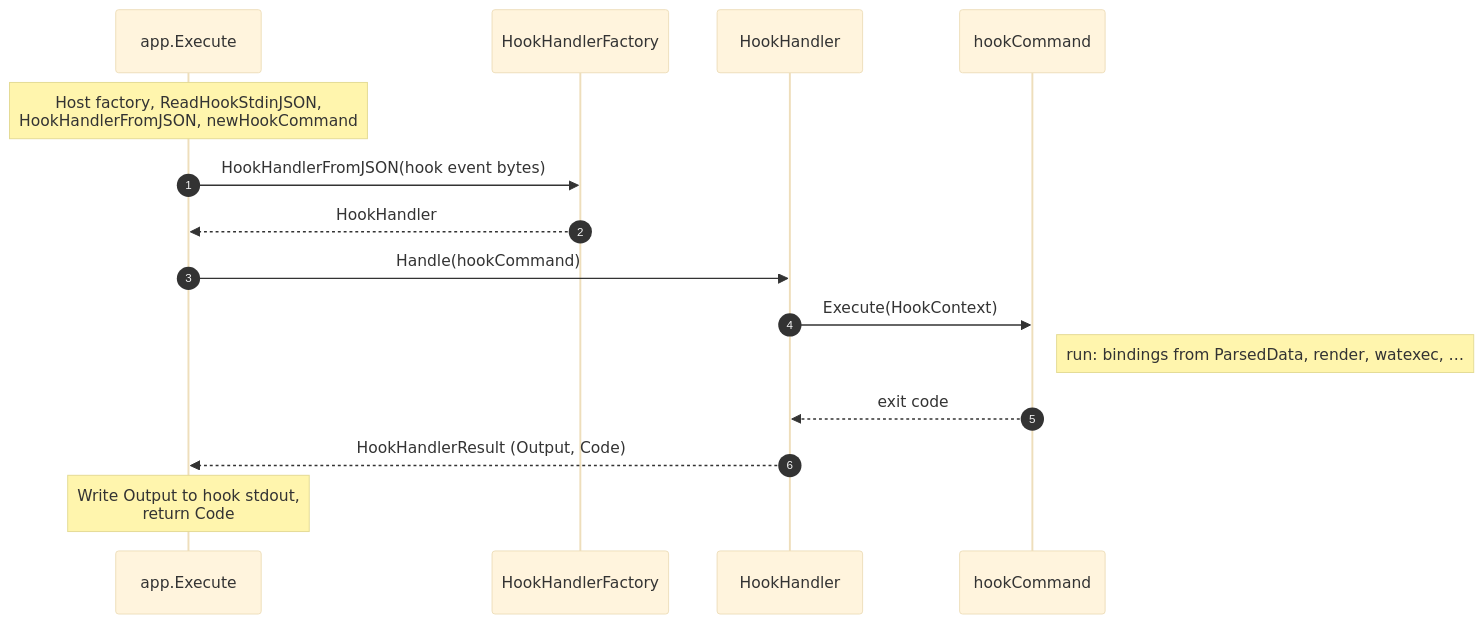
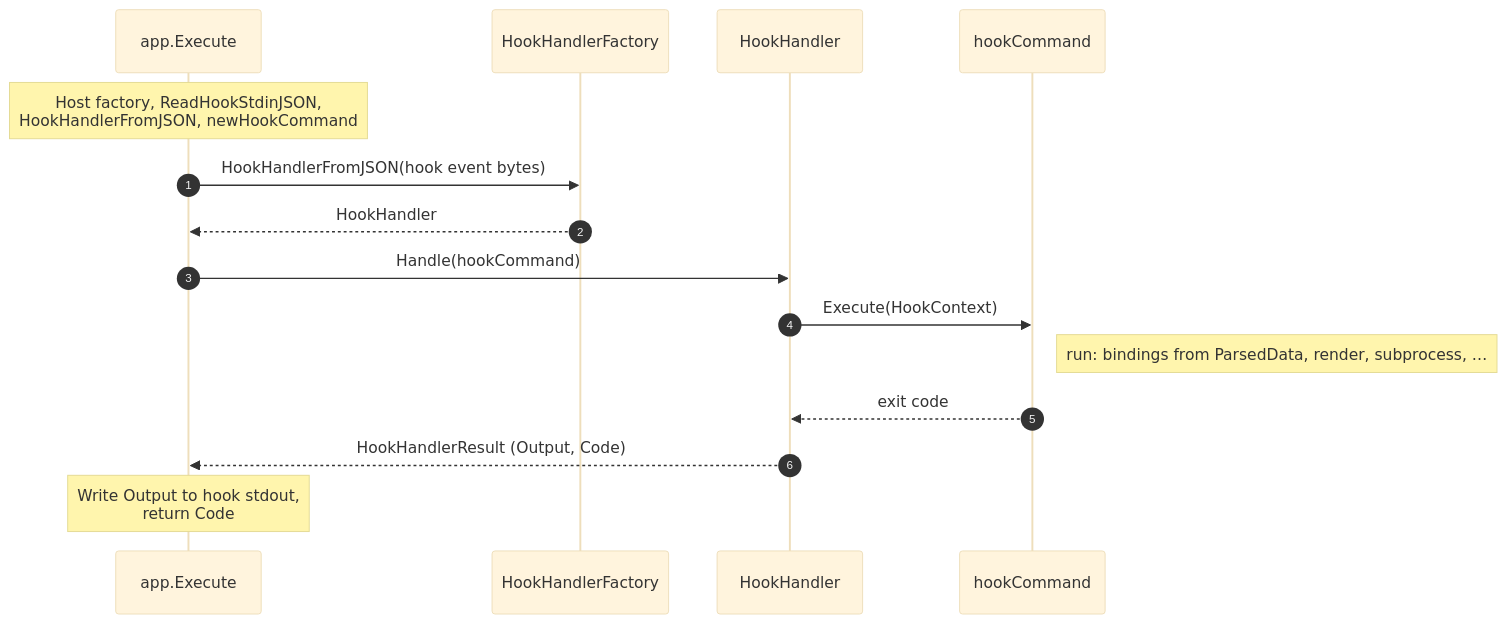
Before and after one commit to sviatsviatsviat/wat: the first of 3 diagrams in README.md, drawn with Mermaid (base theme). The commit also changed other lines of this file and 29 other files, not shown here.

First line of the commit message:
refactor: merge template and watexec into internal/run

````diff
--- a/README.md
+++ b/README.md
@@ -208,18 +208,18 @@
 ```mermaid
 sequenceDiagram
   autonumber
   participant A as app.Execute
   participant F as HookHandlerFactory
   participant H as HookHandler
   participant C as hookCommand
 
   Note over A: Host factory, ReadHookStdinJSON,<br/>HookHandlerFromJSON, newHookCommand
   A->>F: HookHandlerFromJSON(hook event bytes)
   F-->>A: HookHandler
   A->>H: Handle(hookCommand)
   H->>C: Execute(HookContext)
-  Note right of C: run: bindings from ParsedData, render, watexec, …
+  Note right of C: run: bindings from ParsedData, render, subprocess, …
   C-->>H: exit code
   H-->>A: HookHandlerResult (Output, Code)
   Note over A: Write Output to hook stdout,<br/>return Code
 ```
````
